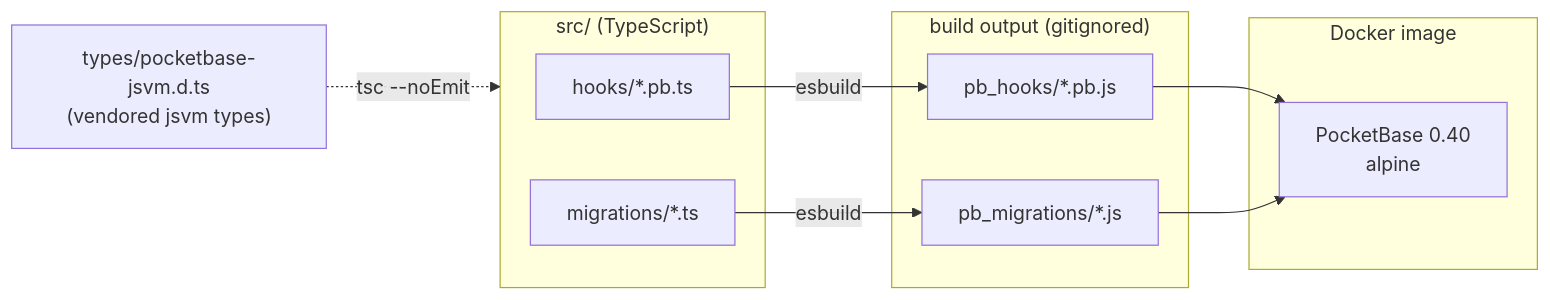
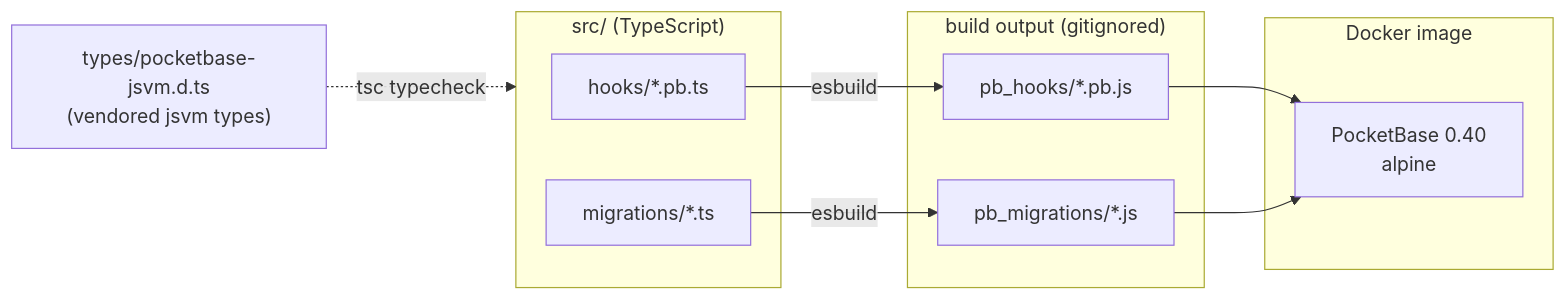
One commit to raelsei/pocketbase-ts-starter changed the diagram in README.md. Above: the diagram before and after it, drawn with Mermaid.

Commit message:
fix(docs): quote mermaid edge label breaking render

````diff
--- a/README.md
+++ b/README.md
@@ -20,19 +20,19 @@
 ```mermaid
 flowchart LR
     subgraph src["src/ (TypeScript)"]
         H["hooks/*.pb.ts"]
         M["migrations/*.ts"]
     end
     subgraph out["build output (gitignored)"]
         PH["pb_hooks/*.pb.js"]
         PM["pb_migrations/*.js"]
     end
     subgraph img["Docker image"]
         PB["PocketBase 0.40<br/>alpine"]
     end
     H -- esbuild --> PH
     M -- esbuild --> PM
     PH --> PB
     PM --> PB
-    T["types/pocketbase-jsvm.d.ts<br/>(vendored jsvm types)"] -. tsc --noEmit .-> src
+    T["types/pocketbase-jsvm.d.ts<br/>(vendored jsvm types)"] -. "tsc typecheck" .-> src
 ```
````
